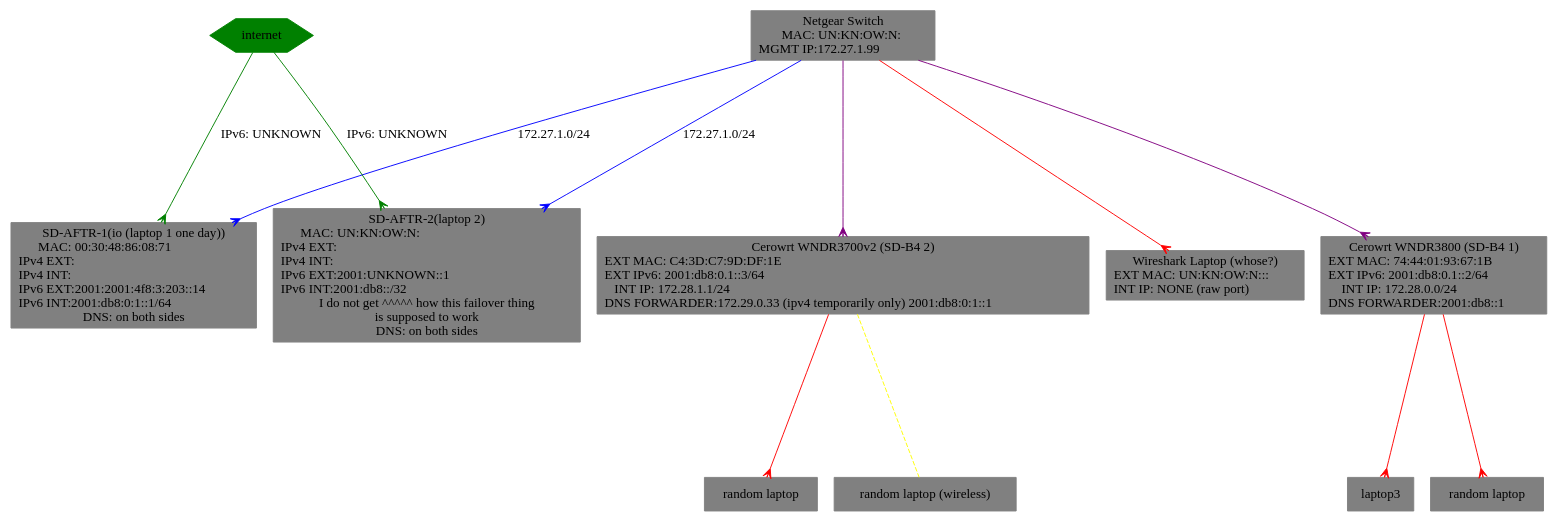
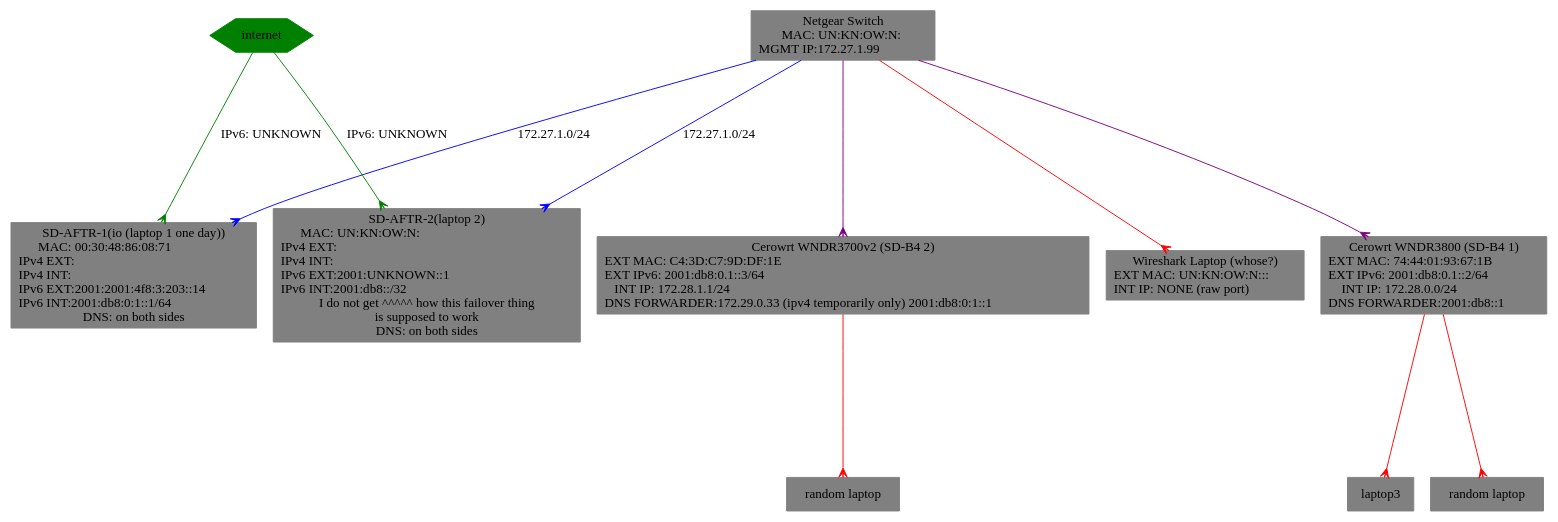
The diagram in shownet.gv (dtaht/sdcpe-demo-doc), drawn with Graphviz before and after one commit.

Commit message:
no wireless

```diff
--- a/shownet.gv
+++ b/shownet.gv
@@ -1,33 +1,33 @@
 digraph G {
  ranksep=2;
  ratio=auto;
  "SWITCH" [label="Netgear Switch\n        MAC: UN:KN:OW:N:\lMGMT IP:172.27.1.99\l"
 	   shape="box",style="filled",color="grey" ];
  "Internet" [label="internet",
 	     shape="hexagon",style="filled",color="green" ];
  "SD-AFTR-2" [label="SD-AFTR-2(laptop 2)\n       MAC: UN:KN:OW:N:\lIPv4 EXT:\lIPv4 INT:\lIPv6 EXT:2001:UNKNOWN::1\lIPv6 INT:2001:db8::/32\lI do not get ^^^^^ how this failover thing\nis supposed to work\nDNS: on both sides",
 	      shape="box",style="filled",color="grey" ];
  "SD-AFTR-1" [label="SD-AFTR-1(io (laptop 1 one day))\n       MAC: 00:30:48:86:08:71\lIPv4 EXT:\lIPv4 INT:\lIPv6 EXT:2001:2001:4f8:3:203::14\lIPv6 INT:2001:db8:0:1::1/64\lDNS: on both sides",
 	      shape="box",style="filled",color="grey" ];
  "SD-B4-1" [label="Cerowrt WNDR3800 (SD-B4 1)\nEXT MAC: 74:44:01:93:67:1B\l EXT IPv6: 2001:db8:0.1::2/64\l     INT IP: 172.28.0.0/24\lDNS FORWARDER:2001:db8::1\l",
 	    shape="box",style="filled",color="grey" ];
  "SD-B4-2" [label="Cerowrt WNDR3700v2 (SD-B4 2)\nEXT MAC: C4:3D:C7:9D:DF:1E\lEXT IPv6: 2001:db8:0.1::3/64\l    INT IP: 172.28.1.1/24\lDNS FORWARDER:172.29.0.33 (ipv4 temporarily only) 2001:db8:0:1::1\l",
 	    shape="box",style="filled",color="grey" ];
  "wireshark" [label="Wireshark Laptop (whose?)\nEXT MAC: UN:KN:OW:N:::\l INT IP: NONE (raw port)\l",
 	    shape="box",style="filled",color="grey" ];
  "SWITCH" -> "SD-AFTR-2" [ label="172.27.1.0/24",color="blue",arrowhead="crow" ];
  "SWITCH" -> "SD-AFTR-1" [ label="172.27.1.0/24",color="blue",arrowhead="crow" ];
  "SWITCH" -> "SD-B4-1" [ color="purple",arrowhead="crow" ];
  "SWITCH" -> "SD-B4-2" [ color="purple",arrowhead="crow" ];
  "SWITCH" -> "wireshark" [ color="red",arrowhead="crow" ];
  "client1" [ label="laptop3",shape="box",style="filled",color="grey" ];
  "client2" [ label="random laptop",shape="box",style="filled",color="grey" ];
  "client3" [ label="random laptop",shape="box",style="filled",color="grey" ];
- "client4" [ label="random laptop (wireless)",shape="box",style="filled",color="grey" ];
+# "client4" [ label="random laptop (wireless)",shape="box",style="filled",color="grey" ];
  "Internet" -> "SD-AFTR-1" [ label="IPv6: UNKNOWN",color="green",arrowhead="crow" ];
  "Internet" -> "SD-AFTR-2" [ label="IPv6: UNKNOWN",color="green",arrowhead="crow" ];
  "SD-B4-1" -> "client1" [ color="red",arrowhead="crow" ];
  "SD-B4-1" -> "client2" [ color="red",arrowhead="crow" ];
  "SD-B4-2" -> "client3" [ color="red",arrowhead="crow" ];
- "SD-B4-2" -> "client4" [ color="yellow",style="dashed",arrowhead="none" ];
+# "SD-B4-2" -> "client4" [ color="yellow",style="dashed",arrowhead="none" ];
 }
```
